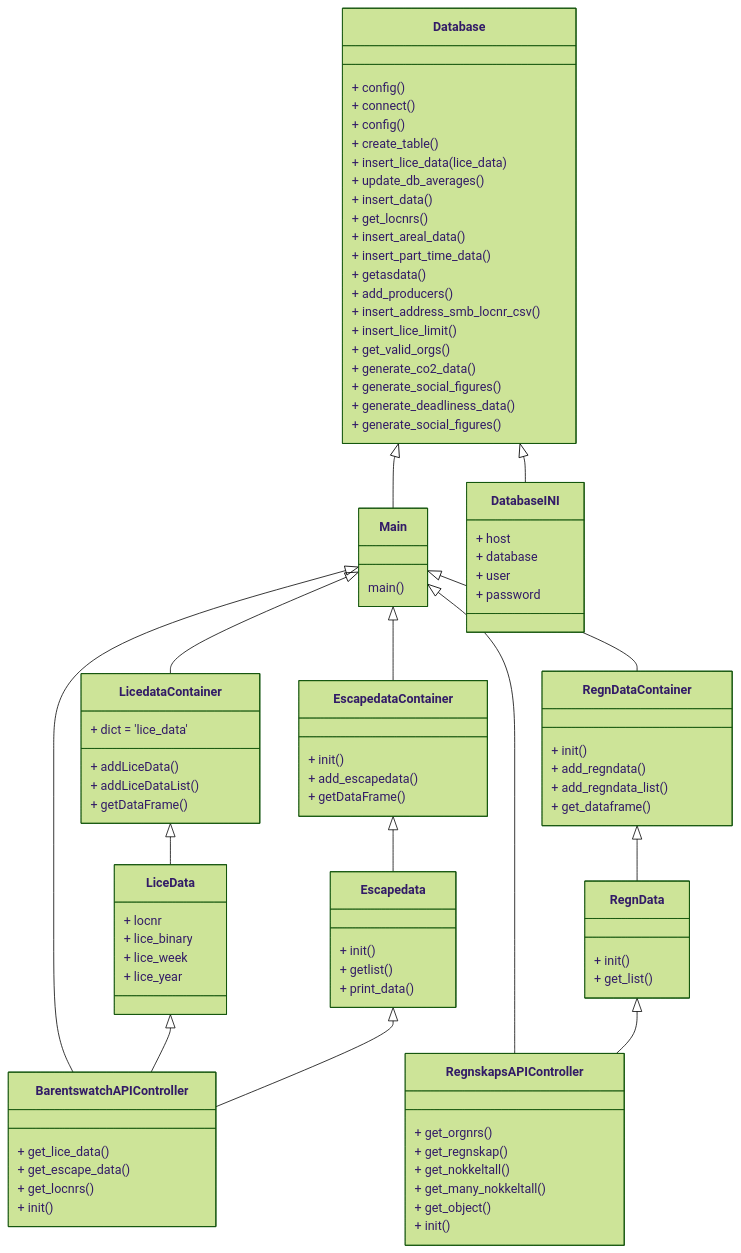
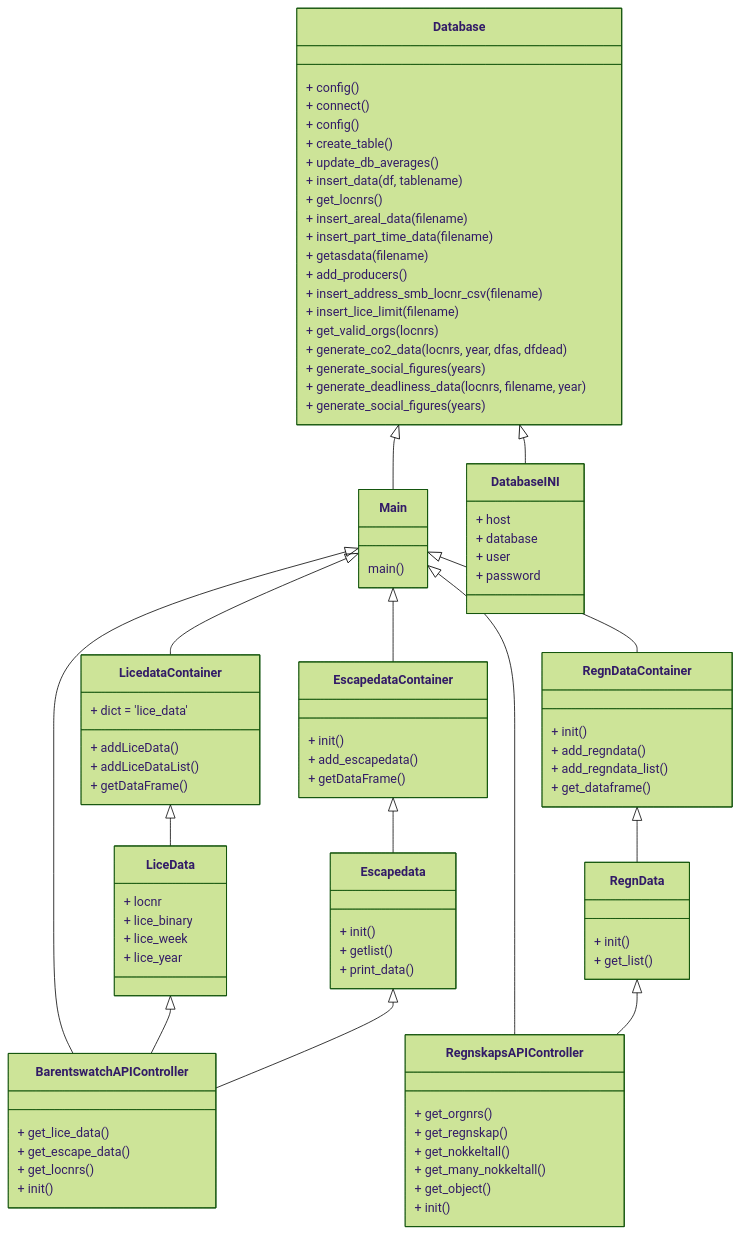
One commit to brreg/sommercamp2022 changed the diagram in Documentation/class_diagram.md. Above: the diagram before and after it, drawn with Mermaid (forest theme).

```diff
--- a/Documentation/class_diagram.md
+++ b/Documentation/class_diagram.md
@@ -44,21 +44,20 @@
 	  + connect()
 	  + config()
 	  + create_table()
-	  + insert_lice_data(lice_data)
 	  + update_db_averages()
-	  + insert_data()
+	  + insert_data(df, tablename)
 	  + get_locnrs()
-	  + insert_areal_data()
-	  + insert_part_time_data()
-	  + getasdata()
+	  + insert_areal_data(filename)
+	  + insert_part_time_data(filename)
+	  + getasdata(filename)
 	  + add_producers()
-	  + insert_address_smb_locnr_csv()
-	  + insert_lice_limit()
-	  + get_valid_orgs()
-	  + generate_co2_data()
-	  + generate_social_figures()
-	  + generate_deadliness_data()
-	  + generate_social_figures()
+	  + insert_address_smb_locnr_csv(filename)
+	  + insert_lice_limit(filename)
+	  + get_valid_orgs(locnrs)
+	  + generate_co2_data(locnrs, year, dfas, dfdead)
+	  + generate_social_figures(years)
+	  + generate_deadliness_data(locnrs, filename, year)
+	  + generate_social_figures(years)
 	  
     }
 	    
```
